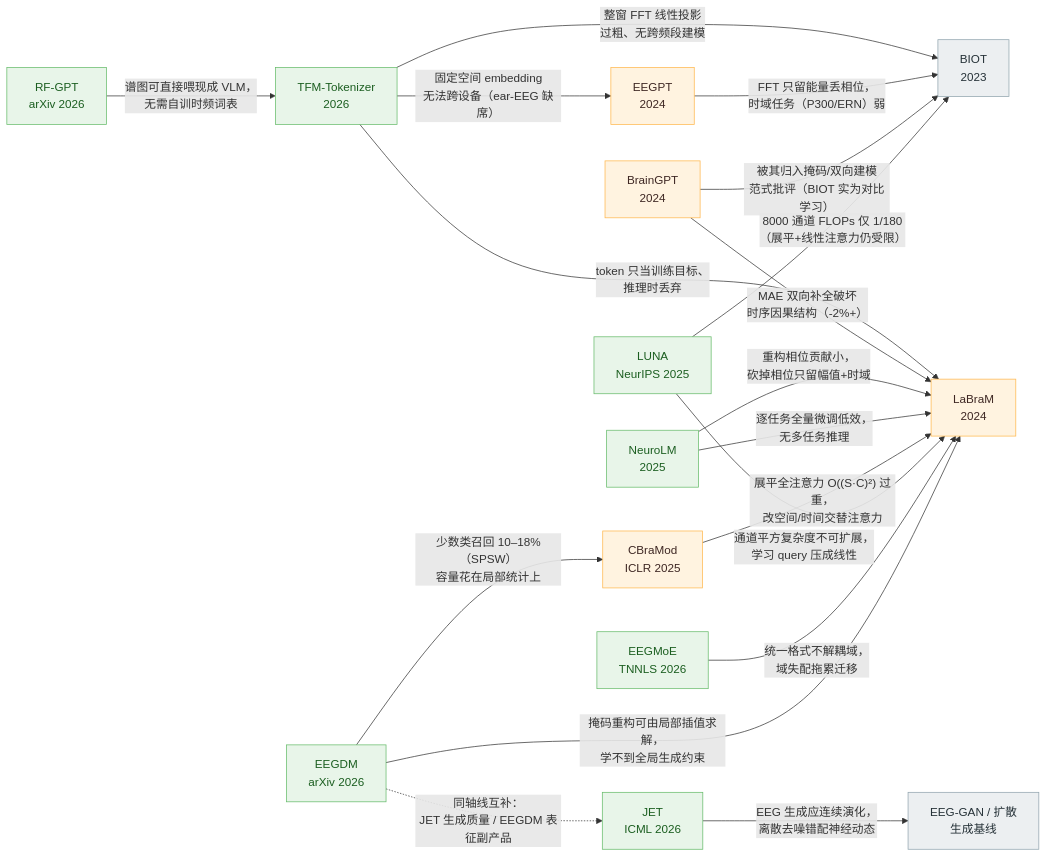
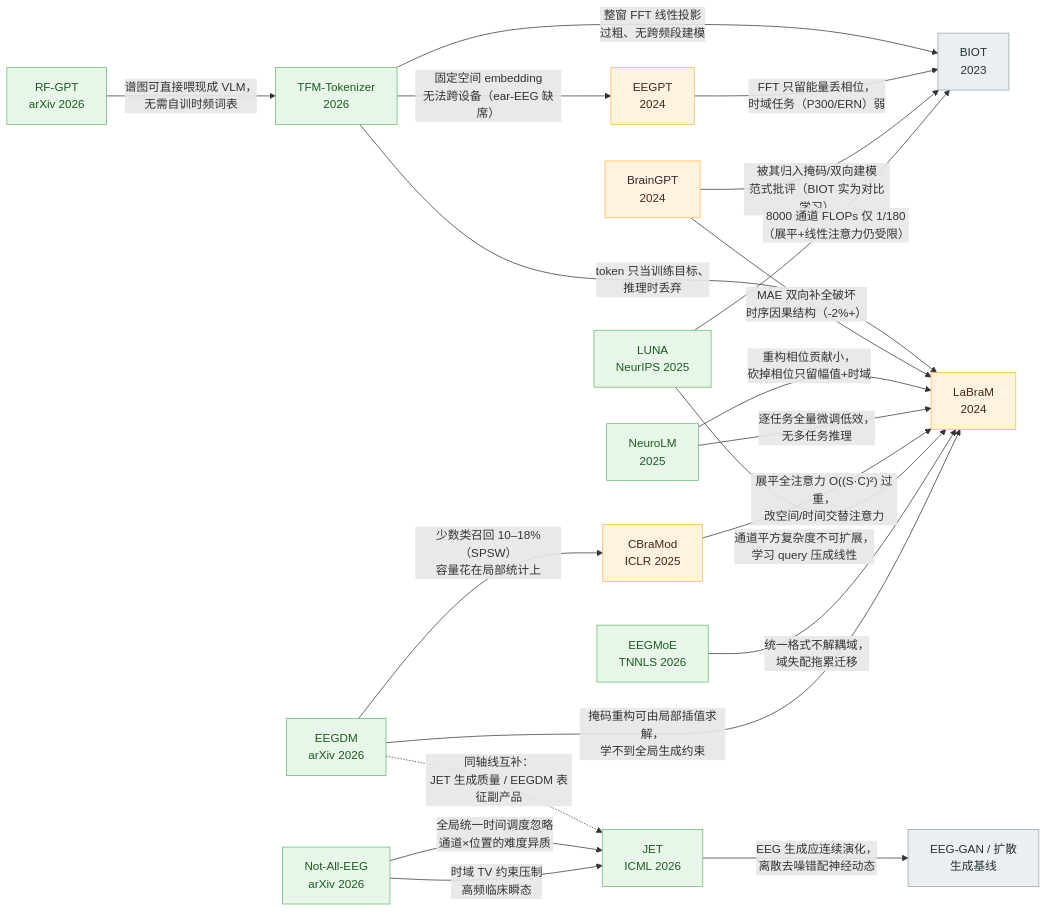
The diagram in docs/comparison.md (CyLin-CSU/paper-notes), drawn with Mermaid before and after one commit. The commit also changed other lines of this file and 11 other files, not shown here.

````diff
--- a/docs/comparison.md
+++ b/docs/comparison.md
@@ -199,39 +201,43 @@
 ```mermaid
 flowchart LR
     BIOT["BIOT<br/>2023"]:::old
     LABRAM["LaBraM<br/>2024"]:::mid
     EEGPT["EEGPT<br/>2024"]:::mid
     BRAINGPT["BrainGPT<br/>2024"]:::mid
     NEUROLM["NeuroLM<br/>2025"]:::new
     TFM["TFM-Tokenizer<br/>2026"]:::new
     CBRAMOD["CBraMod<br/>ICLR 2025"]:::mid
     LUNA["LUNA<br/>NeurIPS 2025"]:::new
     EEGMOE["EEGMoE<br/>TNNLS 2026"]:::new
     JET["JET<br/>ICML 2026"]:::new
     RFGPT["RF-GPT<br/>arXiv 2026"]:::new
     EEGGAN["EEG-GAN / 扩散<br/>生成基线"]:::old
 
     TFM -- "token 只当训练目标、<br/>推理时丢弃" --> LABRAM
     TFM -- "整窗 FFT 线性投影<br/>过粗、无跨频段建模" --> BIOT
     EEGPT -- "FFT 只留能量丢相位，<br/>时域任务（P300/ERN）弱" --> BIOT
     BRAINGPT -- "MAE 双向补全破坏<br/>时序因果结构（-2%+）" --> LABRAM
     BRAINGPT -- "被其归入掩码/双向建模<br/>范式批评（BIOT 实为对比学习）" --> BIOT
     NEUROLM -- "重构相位贡献小，<br/>砍掉相位只留幅值+时域" --> LABRAM
     NEUROLM -- "逐任务全量微调低效，<br/>无多任务推理" --> LABRAM
     TFM -- "固定空间 embedding<br/>无法跨设备（ear-EEG 缺席）" --> EEGPT
 
     CBRAMOD -- "展平全注意力 O((S·C)²) 过重，<br/>改空间/时间交替注意力" --> LABRAM
     LUNA -- "通道平方复杂度不可扩展，<br/>学习 query 压成线性" --> LABRAM
     LUNA -- "8000 通道 FLOPs 仅 1/180<br/>（展平+线性注意力仍受限）" --> BIOT
     EEGMOE -- "统一格式不解耦域，<br/>域失配拖累迁移" --> LABRAM
     JET -- "EEG 生成应连续演化，<br/>离散去噪错配神经动态" --> EEGGAN
     RFGPT -- "谱图可直接喂现成 VLM，<br/>无需自训时频词表" --> TFM
     EEGDM["EEGDM<br/>arXiv 2026"]:::new
     EEGDM -- "掩码重构可由局部插值求解，<br/>学不到全局生成约束" --> LABRAM
     EEGDM -- "少数类召回 10–18%（SPSW）<br/>容量花在局部统计上" --> CBRAMOD
     EEGDM -.->|"同轴线互补：<br/>JET 生成质量 / EEGDM 表征副产品"| JET
 
+    NOTALL["Not-All-EEG<br/>arXiv 2026"]:::new
+    NOTALL -- "全局统一时间调度忽略<br/>通道×位置的难度异质" --> JET
+    NOTALL -- "时域 TV 约束压制<br/>高频临床瞬态" --> JET
+
     classDef old fill:#eceff1,stroke:#90a4ae,color:#263238
     classDef mid fill:#fff3e0,stroke:#ffb74d,color:#3e2723
     classDef new fill:#e8f5e9,stroke:#66bb6a,color:#1b5e20
 ```
````
